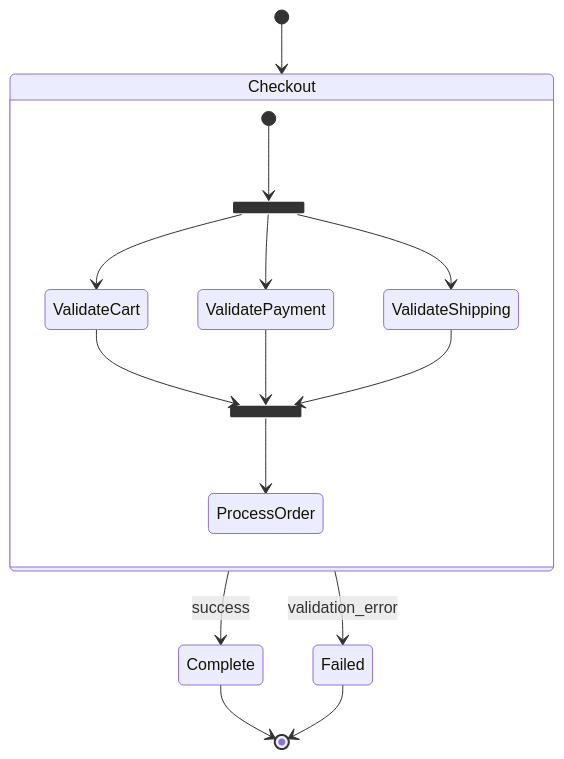
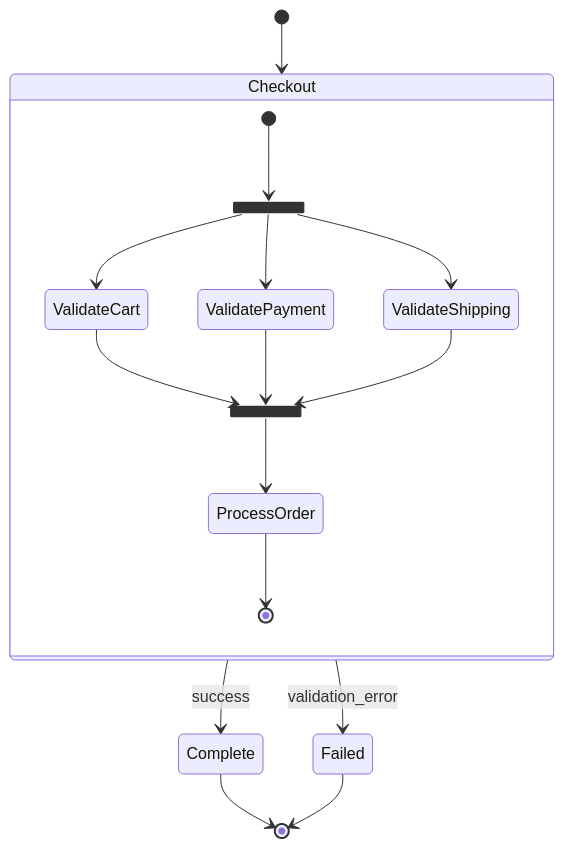
One commit to costa-marcello/repertoire changed the fourth of 14 diagrams in skills/mermaid-diagrams/references/other-diagrams.md. Above: the diagram before and after it, drawn with Mermaid. The commit also changed other lines of this file and 57 other files, not shown here.

````diff
--- a/skills/mermaid-diagrams/references/other-diagrams.md
+++ b/skills/mermaid-diagrams/references/other-diagrams.md
@@ -90,25 +90,26 @@
 ```mermaid
 stateDiagram-v2
     [*] --> Checkout
 
     state Checkout {
         %% Declare fork and join states before the transitions that use them
         state fork_state <<fork>>
         state join_state <<join>>
         [*] --> fork_state
         fork_state --> ValidateCart
         fork_state --> ValidatePayment
         fork_state --> ValidateShipping
 
         ValidateCart --> join_state
         ValidatePayment --> join_state
         ValidateShipping --> join_state
 
         join_state --> ProcessOrder
+        ProcessOrder --> [*]
     }
 
     Checkout --> Complete : success
     Checkout --> Failed : validation_error
     Complete --> [*]
     Failed --> [*]
 ```
````
